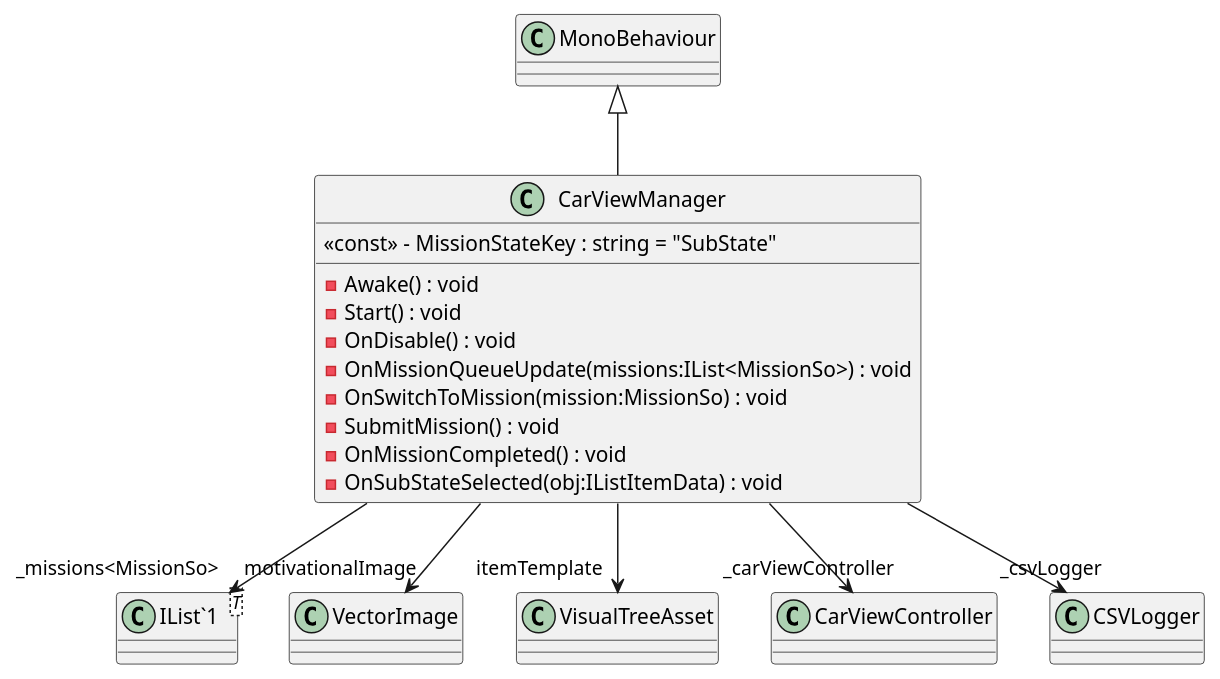
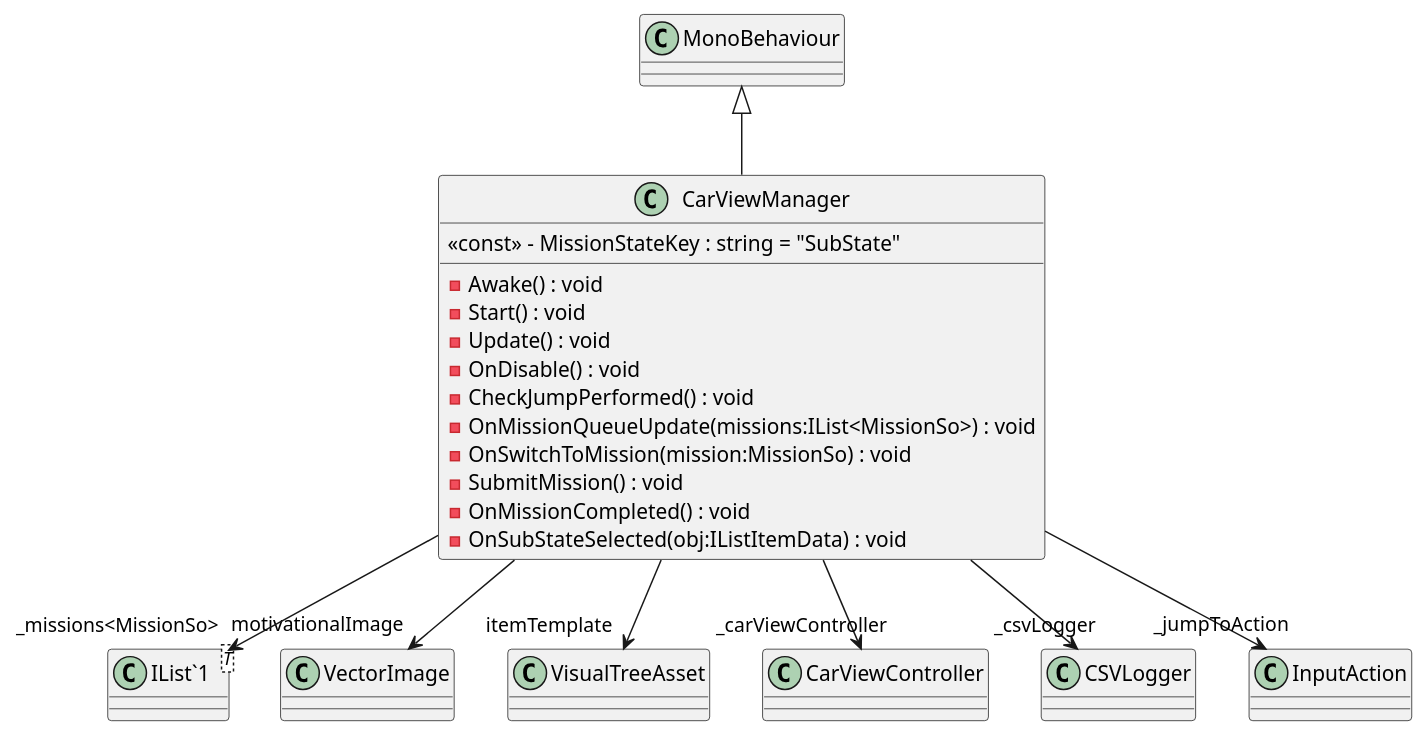
Before and after one commit to Ubus99/AVRO-Simulation: the diagram in Assets/Documentation/UML/Simulation/UI/CarView/CarViewManager.puml, drawn with PlantUML. The commit also changed 21 other files, not shown here.

```diff
--- a/Assets/Documentation/UML/Simulation/UI/CarView/CarViewManager.puml
+++ b/Assets/Documentation/UML/Simulation/UI/CarView/CarViewManager.puml
@@ -1,21 +1,24 @@
 @startuml
 class CarViewManager {
     <<const>> - MissionStateKey : string = "SubState"
     - Awake() : void
     - Start() : void
+    - Update() : void
     - OnDisable() : void
+    - CheckJumpPerformed() : void
     - OnMissionQueueUpdate(missions:IList<MissionSo>) : void
     - OnSwitchToMission(mission:MissionSo) : void
     - SubmitMission() : void
     - OnMissionCompleted() : void
     - OnSubStateSelected(obj:IListItemData) : void
 }
 class "IList`1"<T> {
 }
 MonoBehaviour <|-- CarViewManager
 CarViewManager --> "motivationalImage" VectorImage
 CarViewManager --> "itemTemplate" VisualTreeAsset
 CarViewManager --> "_carViewController" CarViewController
 CarViewManager --> "_csvLogger" CSVLogger
+CarViewManager --> "_jumpToAction" InputAction
 CarViewManager --> "_missions<MissionSo>" "IList`1"
 @enduml
```
